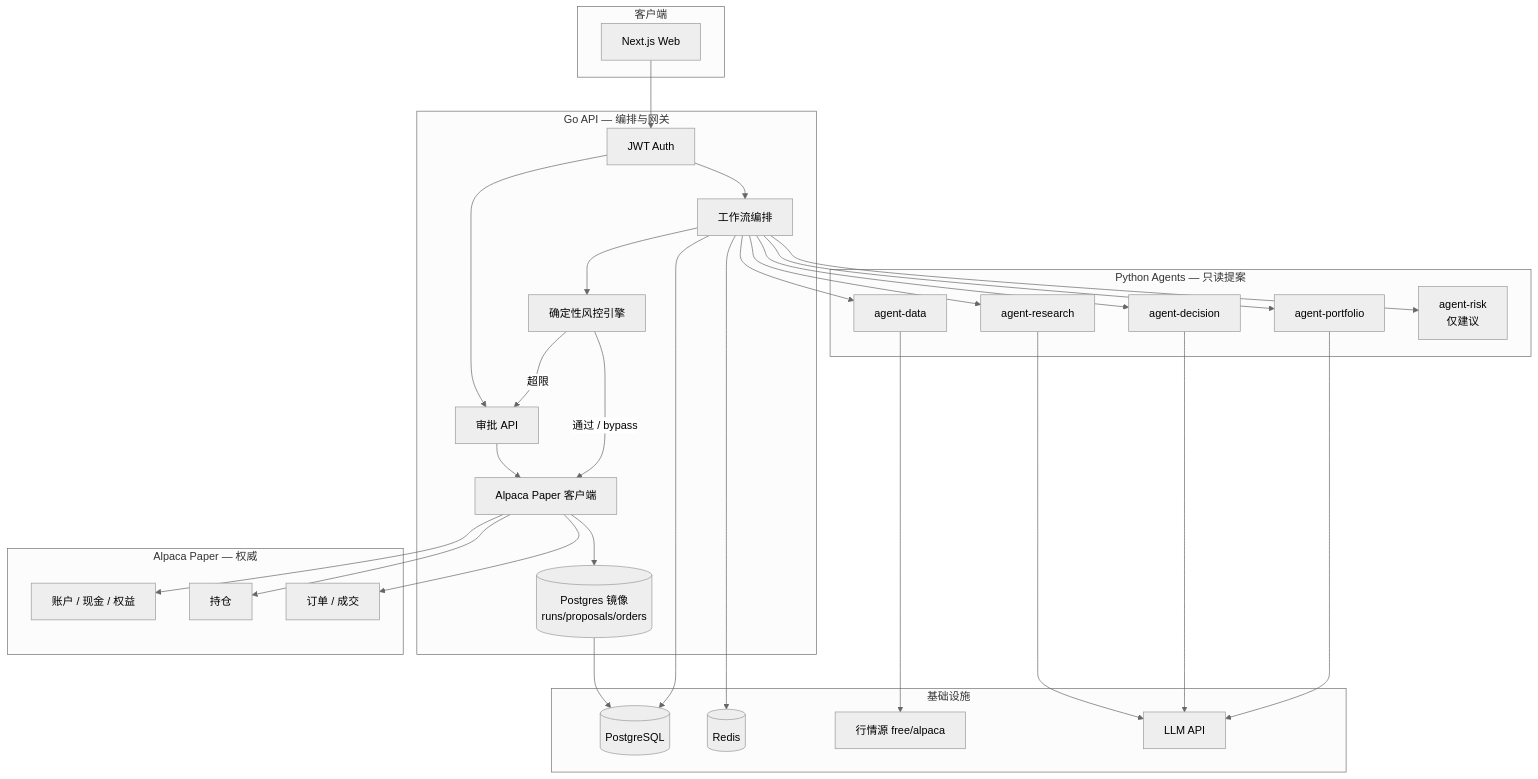
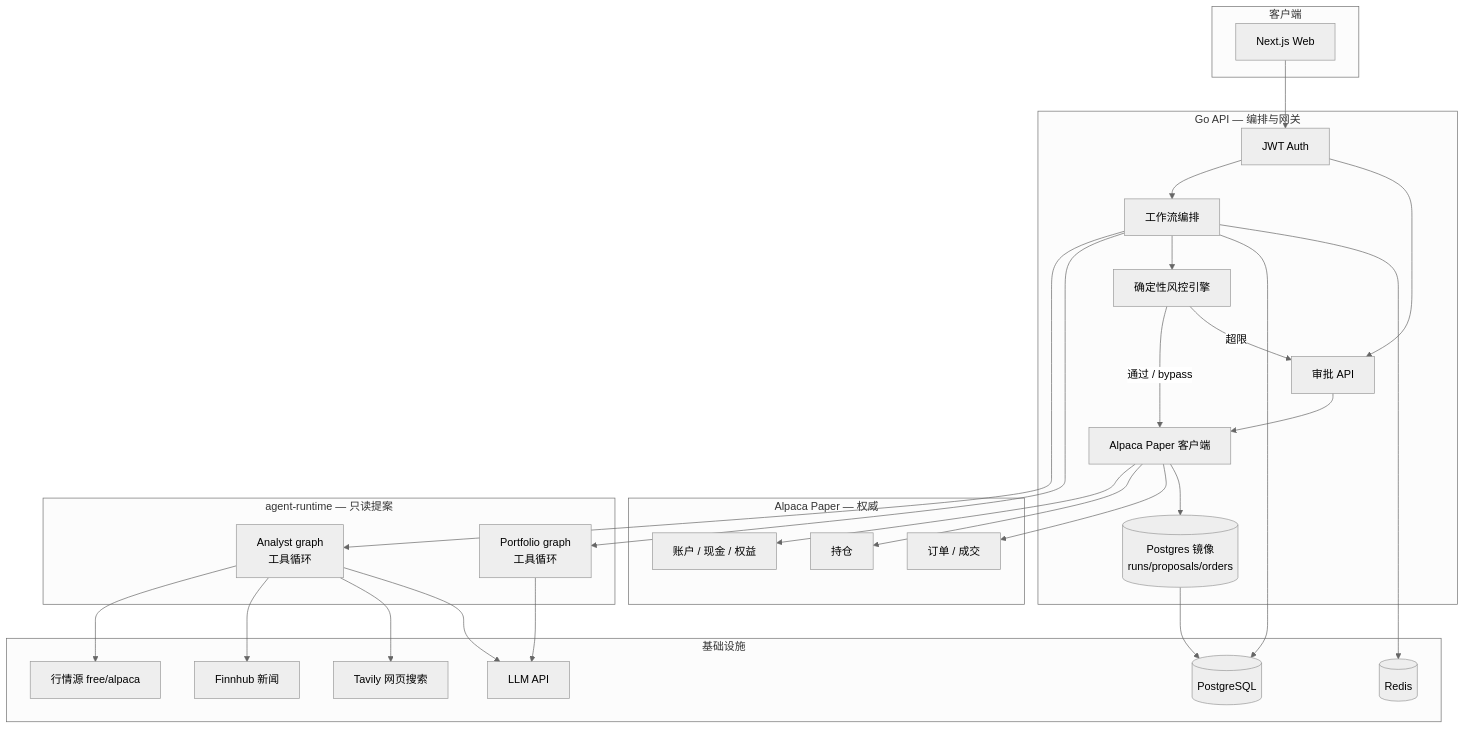
Before and after one commit to cyhzuishuai/stock-agents-cursor: the first of 4 diagrams in docs/eod-workflow-flowchart.md, drawn with Mermaid (neutral theme). The commit also changed other lines of this file and 9 other files, not shown here.

Commit message:
chore(deploy): switch stack to agent-runtime tool-loop

````diff
--- a/docs/eod-workflow-flowchart.md
+++ b/docs/eod-workflow-flowchart.md
@@ -19,60 +20,57 @@
 ```mermaid
 flowchart TB
   subgraph clients [客户端]
     Web[Next.js Web]
   end
 
   subgraph api [Go API — 编排与网关]
     Auth[JWT Auth]
     WF[工作流编排]
     RiskGo[确定性风控引擎]
     Broker[Alpaca Paper 客户端]
     Approvals[审批 API]
     Mirror[(Postgres 镜像<br/>runs/proposals/orders)]
   end
 
   subgraph alpaca [Alpaca Paper — 权威]
     AlpAcct[账户 / 现金 / 权益]
     AlpPos[持仓]
     AlpOrd[订单 / 成交]
   end
 
-  subgraph agents [Python Agents — 只读提案]
-    Data[agent-data]
-    Research[agent-research]
-    Decision[agent-decision]
-    Portfolio[agent-portfolio]
-    RiskPy[agent-risk<br/>仅建议]
+  subgraph runtime [agent-runtime — 只读提案]
+    Analyst[Analyst graph<br/>工具循环]
+    Portfolio[Portfolio graph<br/>工具循环]
   end
 
   subgraph infra [基础设施]
     PG[(PostgreSQL)]
     Redis[(Redis)]
     MD[行情源 free/alpaca]
+    News[Finnhub 新闻]
+    Search[Tavily 网页搜索]
     LLM[LLM API]
   end
 
   Web --> Auth
   Auth --> WF
   Auth --> Approvals
   Approvals --> Broker
-  WF --> Data
-  WF --> Research
-  WF --> Decision
+  WF --> Analyst
   WF --> Portfolio
-  WF --> RiskPy
   WF --> RiskGo
   RiskGo -->|通过 / bypass| Broker
   RiskGo -->|超限| Approvals
   Broker --> AlpAcct
   Broker --> AlpPos
   Broker --> AlpOrd
   Broker --> Mirror
   Mirror --> PG
   WF --> PG
   WF --> Redis
-  Data --> MD
-  Research --> LLM
-  Decision --> LLM
+  Analyst --> MD
+  Analyst --> News
+  Analyst --> Search
+  Analyst --> LLM
   Portfolio --> LLM
 ```
````
